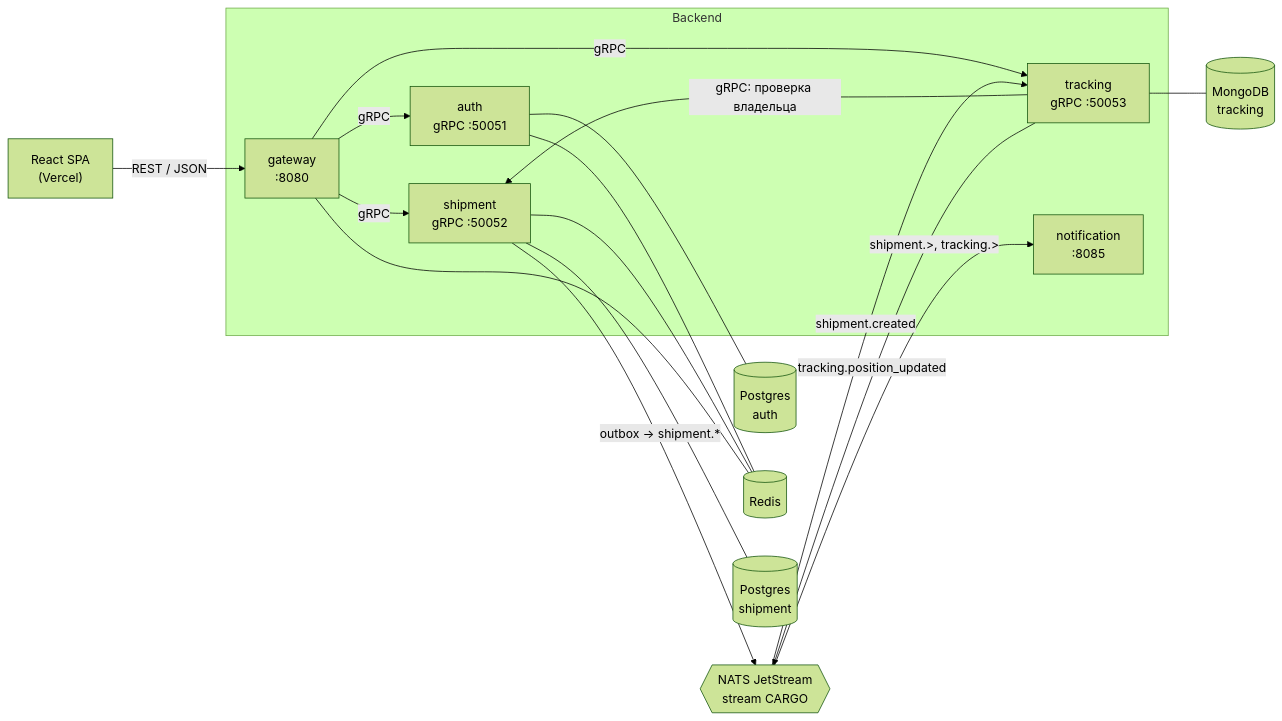
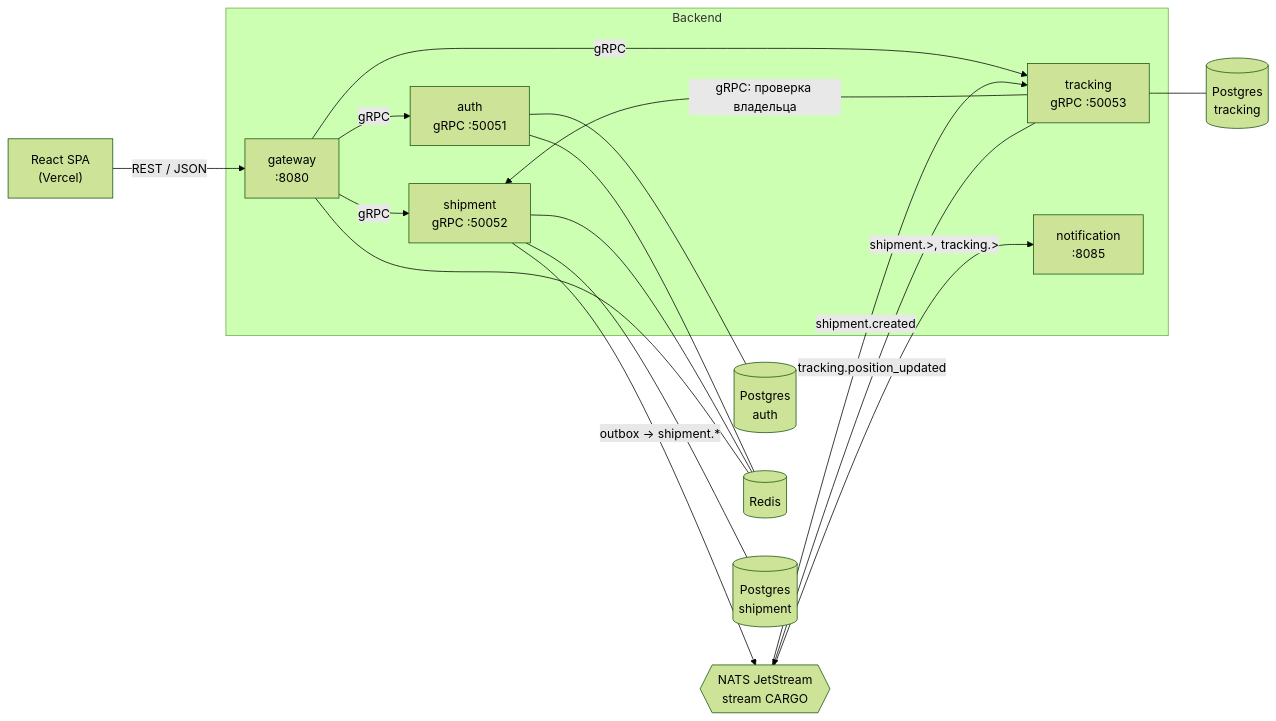
One commit to Andas-LV/CargoFlow changed the diagram in README.md. Above: the diagram before and after it, drawn with Mermaid (forest theme). The commit also changed other lines of this file and 23 other files, not shown here.

````diff
--- a/README.md
+++ b/README.md
@@ -11,29 +11,29 @@
 ```mermaid
 flowchart LR
     FE["React SPA<br/>(Vercel)"] -- "REST / JSON" --> GW
 
     subgraph backend["Backend"]
         GW["gateway<br/>:8080"]
         AUTH["auth<br/>gRPC :50051"]
         SHIP["shipment<br/>gRPC :50052"]
         TRACK["tracking<br/>gRPC :50053"]
         NOTIF["notification<br/>:8085"]
     end
 
     GW -- gRPC --> AUTH
     GW -- gRPC --> SHIP
     GW -- gRPC --> TRACK
     TRACK -- "gRPC: проверка владельца" --> SHIP
 
     AUTH --- PGA[("Postgres<br/>auth")]
     AUTH --- RDS[("Redis")]
     SHIP --- PGS[("Postgres<br/>shipment")]
     SHIP --- RDS
     GW --- RDS
-    TRACK --- MDB[("MongoDB<br/>tracking")]
+    TRACK --- PGT[("Postgres<br/>tracking")]
 
     SHIP -- "outbox → shipment.*" --> NATS{{"NATS JetStream<br/>stream CARGO"}}
     TRACK -- "tracking.position_updated" --> NATS
     NATS -- "shipment.created" --> TRACK
     NATS -- "shipment.>, tracking.>" --> NOTIF
 ```
````
